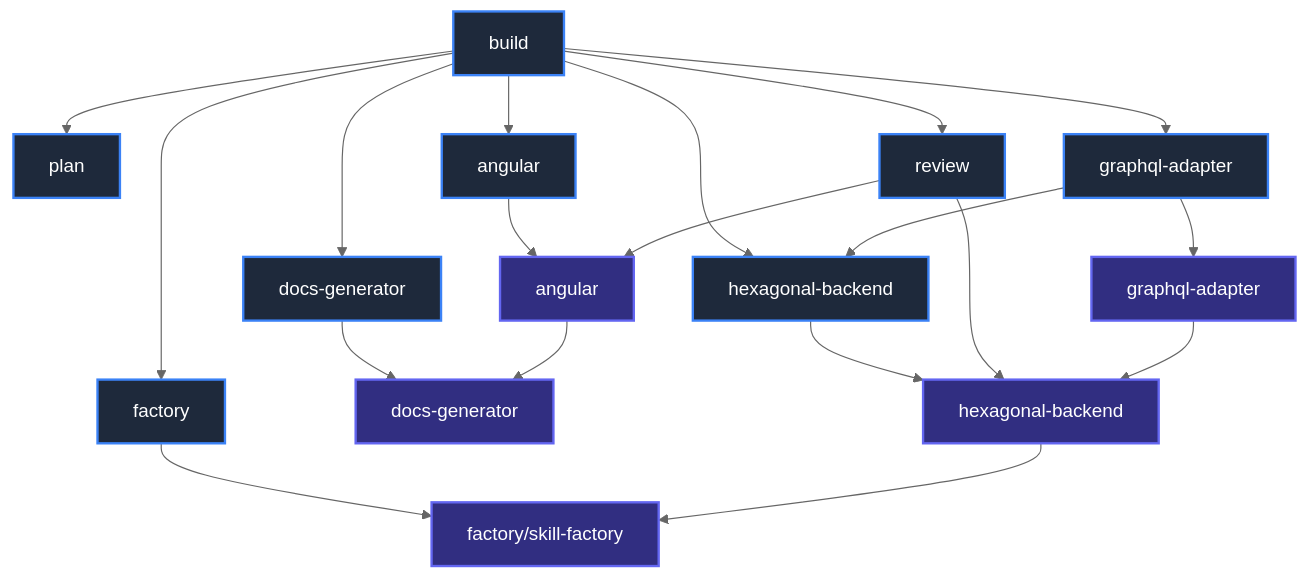
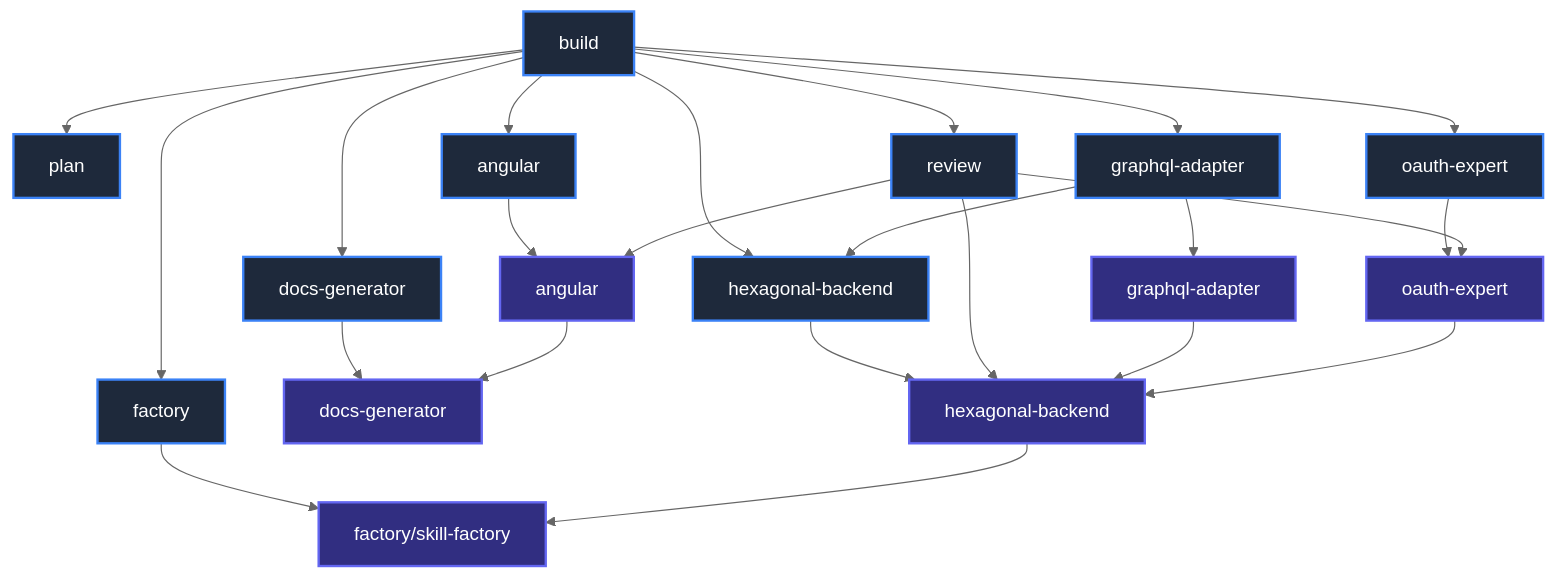
One commit to lancastmx/POC_admin_migala changed the diagram in docs/graphs/AGENTS_GRAPH.md. Above: the diagram before and after it, drawn with Mermaid (neutral theme). The commit also changed other lines of this file and 3 other files, not shown here.

Commit message:
feat: oauth-expert agent and updated agents dependency graph

````diff
--- a/docs/graphs/AGENTS_GRAPH.md
+++ b/docs/graphs/AGENTS_GRAPH.md
@@ -13,51 +13,57 @@
 ```mermaid
 graph TD
   %% Agents
   agent-build[build <Agent>]
   agent-plan[plan <Agent>]
   agent-angular[angular <Agent>]
   agent-review[review <Agent>]
   agent-factory[factory <Agent>]
   agent-docs[docs-generator <Agent>]
   agent-hex[hexagonal-backend <Agent>]
   agent-graphql[graphql-adapter <Agent>]
+  agent-oauth[oauth-expert <Agent>]
 
   %% Skills
   skill-angular[angular <Skill>]
   skill-docs[docs-generator <Skill>]
   skill-factory[factory/skill-factory <Skill>]
   skill-hex[hexagonal-backend <Skill>]
   skill-graphql[graphql-adapter <Skill>]
+  skill-oauth[oauth-expert <Skill>]
 
   %% Styling & Relations
   classDef agent fill:#1e293b,stroke:#3b82f6,stroke-width:2px,color:#fff;
   classDef skill fill:#312e81,stroke:#6366f1,stroke-width:2px,color:#fff;
   
-  class agent-build,agent-plan,agent-angular,agent-review,agent-factory,agent-docs,agent-hex,agent-graphql agent;
-  class skill-angular,skill-docs,skill-factory,skill-hex,skill-graphql skill;
+  class agent-build,agent-plan,agent-angular,agent-review,agent-factory,agent-docs,agent-hex,agent-graphql,agent-oauth agent;
+  class skill-angular,skill-docs,skill-factory,skill-hex,skill-graphql,skill-oauth skill;
 
   %% Edges: Orchestration
   agent-build --> agent-plan
   agent-build --> agent-angular
   agent-build --> agent-review
   agent-build --> agent-factory
   agent-build --> agent-docs
   agent-build --> agent-hex
   agent-build --> agent-graphql
+  agent-build --> agent-oauth
 
   %% Edges: Skill usage
   agent-angular --> skill-angular
   agent-docs --> skill-docs
   agent-factory --> skill-factory
   agent-hex --> skill-hex
   agent-graphql --> skill-graphql
+  agent-oauth --> skill-oauth
 
   %% Edges: Cross-dependencies
   agent-graphql --> agent-hex
   agent-review --> skill-angular
   agent-review --> skill-hex
+  agent-review --> skill-oauth
 
   skill-graphql --> skill-hex
+  skill-oauth --> skill-hex
   skill-hex --> skill-factory
   skill-angular --> skill-docs
 ```
````
